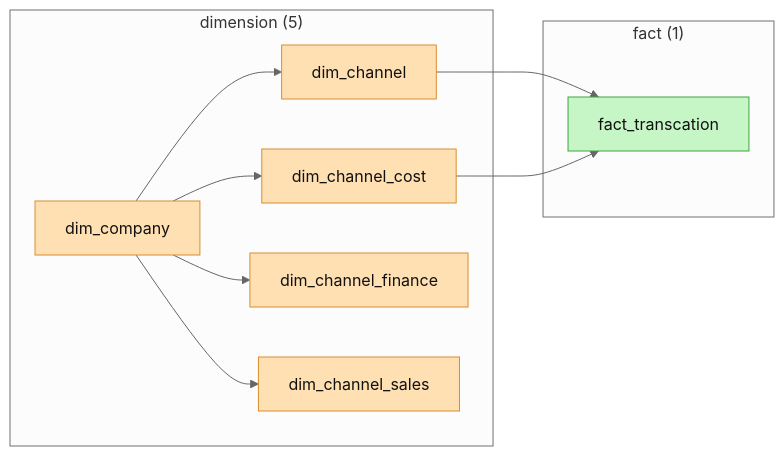
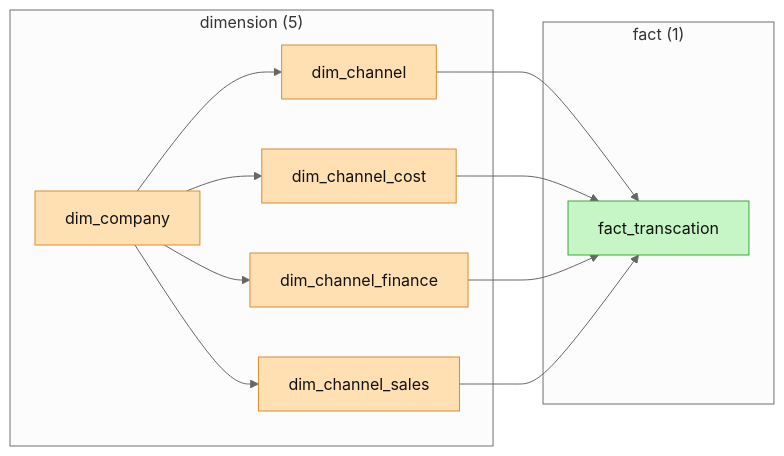
Before and after one commit to warayut-ALL-IN-AI/data-buffet: the ninth of 12 diagrams in document/diagrams/topic_flows.md, drawn with Mermaid (neutral theme). The commit also changed other lines of this file and 2 other files, not shown here.

First line of the commit message:
view_dim_aging_history: derive AgingSK/BillingSK instead of trusting the snapshot

````diff
--- a/document/diagrams/topic_flows.md
+++ b/document/diagrams/topic_flows.md
@@ -773,24 +889,26 @@
 ```mermaid
 flowchart LR
   subgraph dimension["dimension (5)"]
     dim_channel["dim_channel"]
     dim_channel_cost["dim_channel_cost"]
     dim_channel_finance["dim_channel_finance"]
     dim_channel_sales["dim_channel_sales"]
     dim_company["dim_company"]
   end
   subgraph fact["fact (1)"]
     fact_transcation["fact_transcation"]
   end
   dim_channel --> fact_transcation
   dim_channel_cost --> fact_transcation
+  dim_channel_finance --> fact_transcation
+  dim_channel_sales --> fact_transcation
   dim_company --> dim_channel
   dim_company --> dim_channel_cost
   dim_company --> dim_channel_finance
   dim_company --> dim_channel_sales
   classDef dimension fill:#ffe0b3,stroke:#d98f2f,color:#111;
   classDef fact fill:#c6f5c6,stroke:#3fa63f,color:#111;
   classDef paused fill:#f5f5f5,stroke:#bbb,color:#999,stroke-dasharray:4 3;
   class dim_channel,dim_channel_cost,dim_channel_finance,dim_channel_sales,dim_company dimension;
   class fact_transcation fact;
 ```
````
